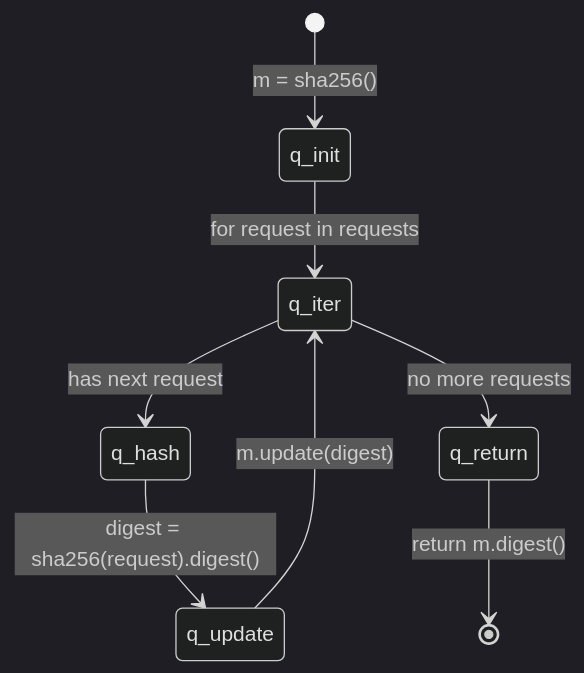
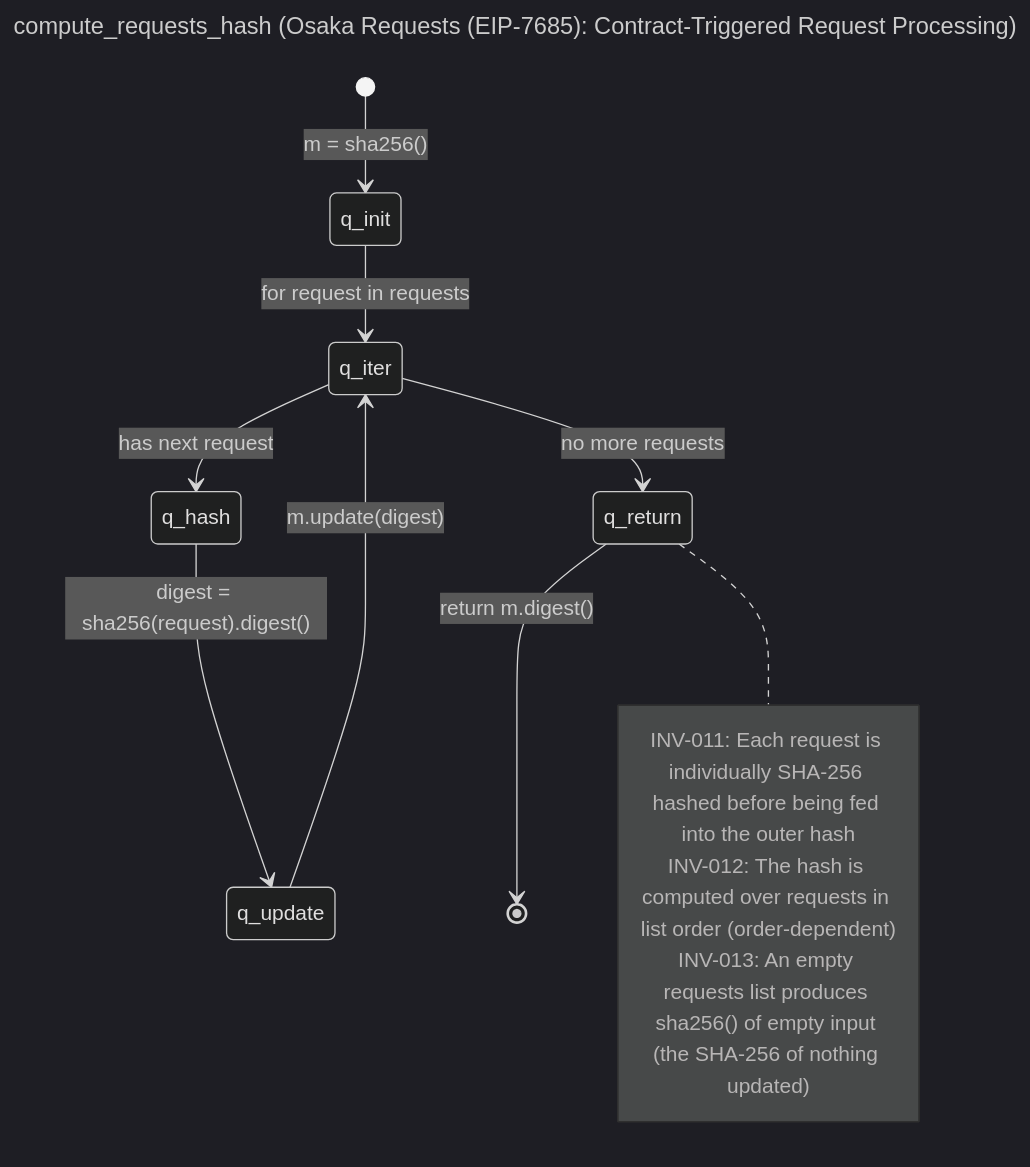
Before and after one commit to NyxFoundation/speca: the diagram in outputs/graphs/W3B12_1770272943/osaka-requests/SG-003_compute_requests_hash.mmd, drawn with Mermaid (dark theme). The commit also changed 144 other files, not shown here.

```diff
--- a/outputs/graphs/W3B12_1770272943/osaka-requests/SG-003_compute_requests_hash.mmd
+++ b/outputs/graphs/W3B12_1770272943/osaka-requests/SG-003_compute_requests_hash.mmd
@@ -1,9 +1,17 @@
+---
+title: "compute_requests_hash (Osaka Requests (EIP-7685): Contract-Triggered Request Processing)"
+---
 stateDiagram-v2
     direction TB
     [*] --> q_init: m = sha256()
     q_init --> q_iter: for request in requests
     q_iter --> q_hash: has next request
     q_hash --> q_update: digest = sha256(request).digest()
     q_update --> q_iter: m.update(digest)
     q_iter --> q_return: no more requests
     q_return --> [*]: return m.digest()
+    note right of q_return
+        INV-011: Each request is individually SHA-256 hashed before being fed into the outer hash
+        INV-012: The hash is computed over requests in list order (order-dependent)
+        INV-013: An empty requests list produces sha256() of empty input (the SHA-256 of nothing updated)
+    end note
```
